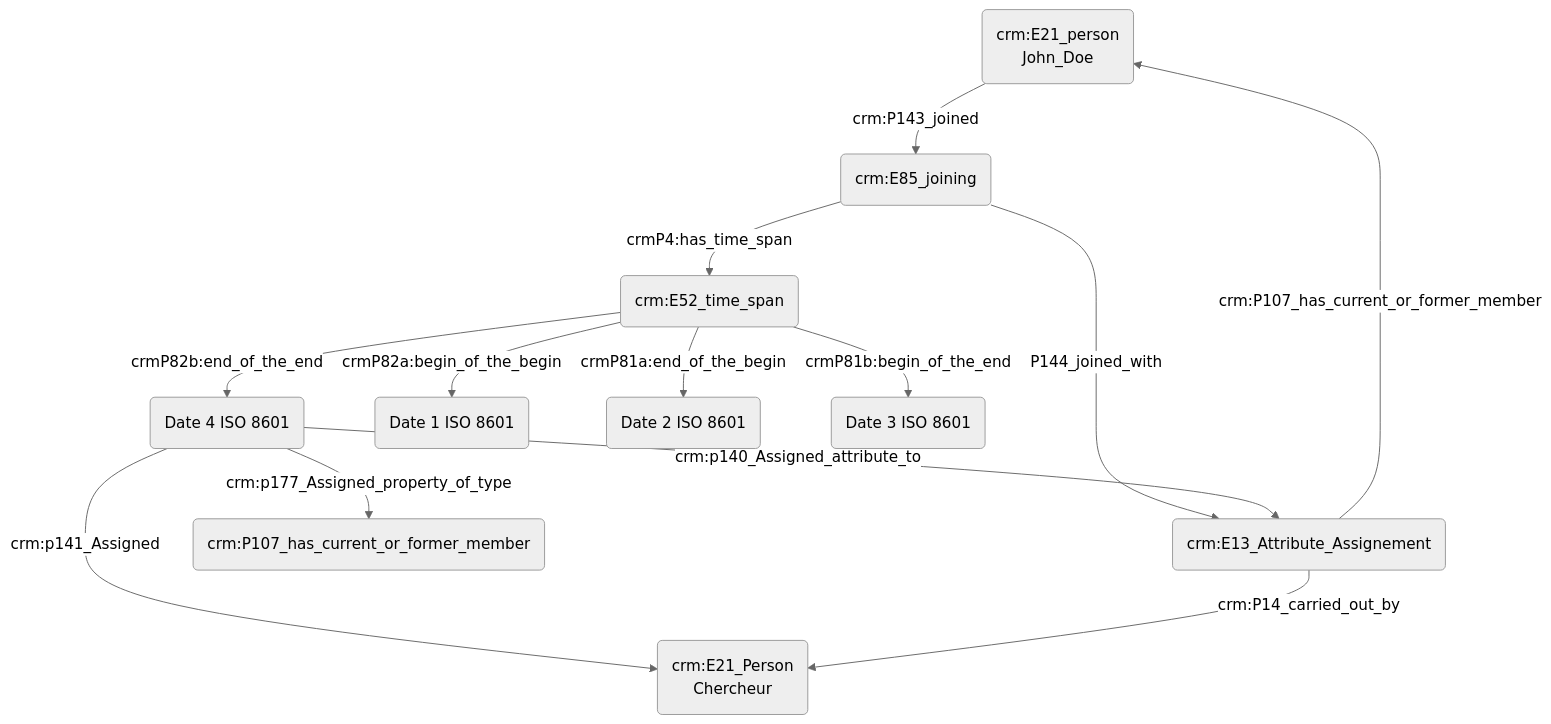
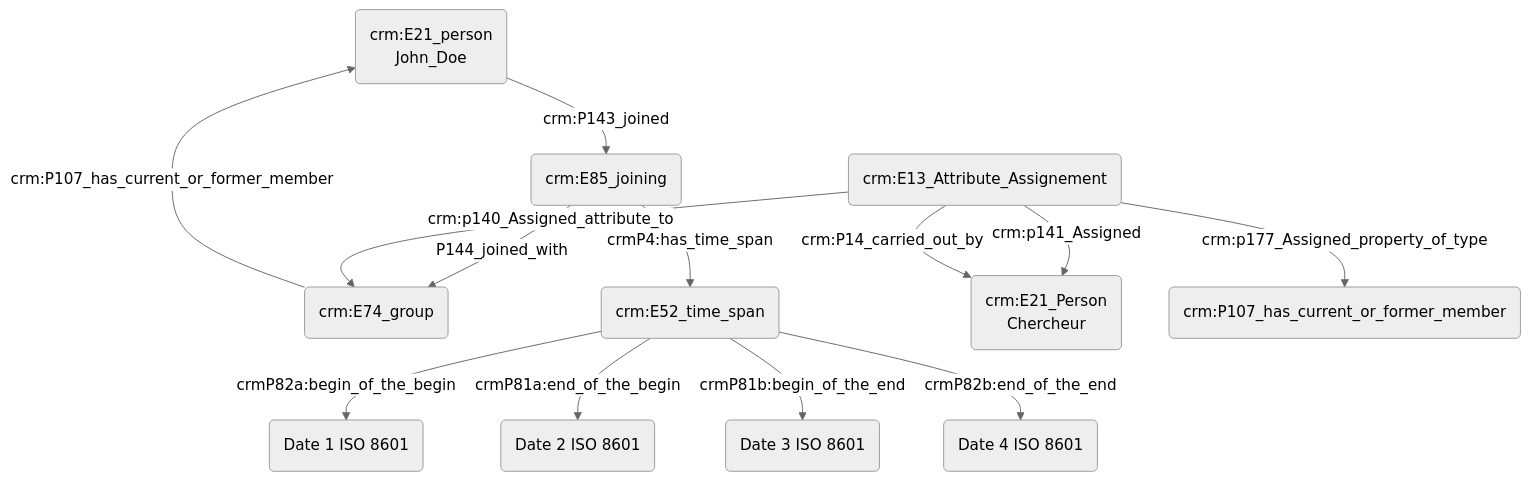
One commit to Amleth/consortium-musica2-gt2-ontologies changed the second of 2 diagrams in modules/livrables/prosopographie/appartenance à un groupe social.md. Above: the diagram before and after it, drawn with Mermaid (neutral theme).

Commit message:
Update appartenance à un groupe social.md

````diff
--- a/modules/livrables/prosopographie/appartenance à un groupe social.md
+++ b/modules/livrables/prosopographie/appartenance à un groupe social.md
@@ -38,20 +38,19 @@
 ```mermaid
 graph TD;
 
 A(crm:E21_person<br>John_Doe) -->|crm:P143_joined| B(crm:E85_joining<br>Groupe)
 B(crm:E85_joining) --> |P144_joined_with| G(crm:E74_group)
 G(crm:E74_group) --> |crm:P107_has_current_or_former_member| A(crm:E21_person<br>John_Doe)
 
-H(crm:E13_Attribute_Assignement) -->|crm:p141_Assigned| M(crm:E74_group)
-H(crm:E13_Attribute_Assignement) -->|crm:p177_Assigned_property_of_type| L(crm:P107_has_current_or_former_member)
-H(crm:E13_Attribute_Assignement) --> |crm:p140_Assigned_attribute_to| G(crm:E74_group)
-G(crm:E13_Attribute_Assignement) --> |crm:P14_carried_out_by| M(crm:E21_Person<br>Chercheur)
-
-
 B(crm:E85_joining) --> |crmP4:has_time_span| D(crm:E52_time_span)
 D(crm:E52_time_span) --> |crmP82a:begin_of_the_begin| E(Date 1 ISO 8601)
 D(crm:E52_time_span) --> |crmP81a:end_of_the_begin| I(Date 2 ISO 8601)
 D(crm:E52_time_span) --> |crmP81b:begin_of_the_end| J(Date 3 ISO 8601)
 D(crm:E52_time_span) --> |crmP82b:end_of_the_end| H(Date 4 ISO 8601)
 
+N(crm:E13_Attribute_Assignement) -->|crm:p141_Assigned| M(crm:E74_group)
+N(crm:E13_Attribute_Assignement) -->|crm:p177_Assigned_property_of_type| L(crm:P107_has_current_or_former_member)
+N(crm:E13_Attribute_Assignement) --> |crm:p140_Assigned_attribute_to| G(crm:E74_group)
+N(crm:E13_Attribute_Assignement) --> |crm:P14_carried_out_by| M(crm:E21_Person<br>Chercheur)
+
 ```
````
